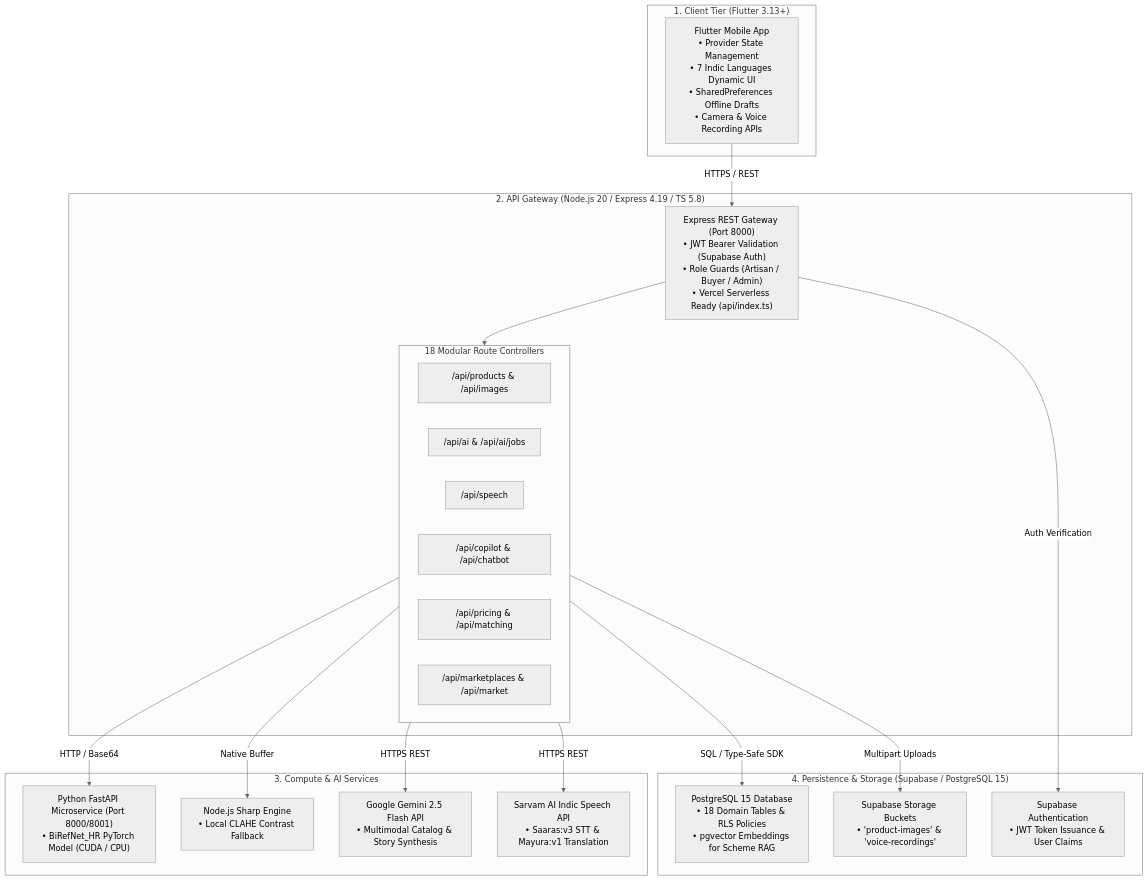
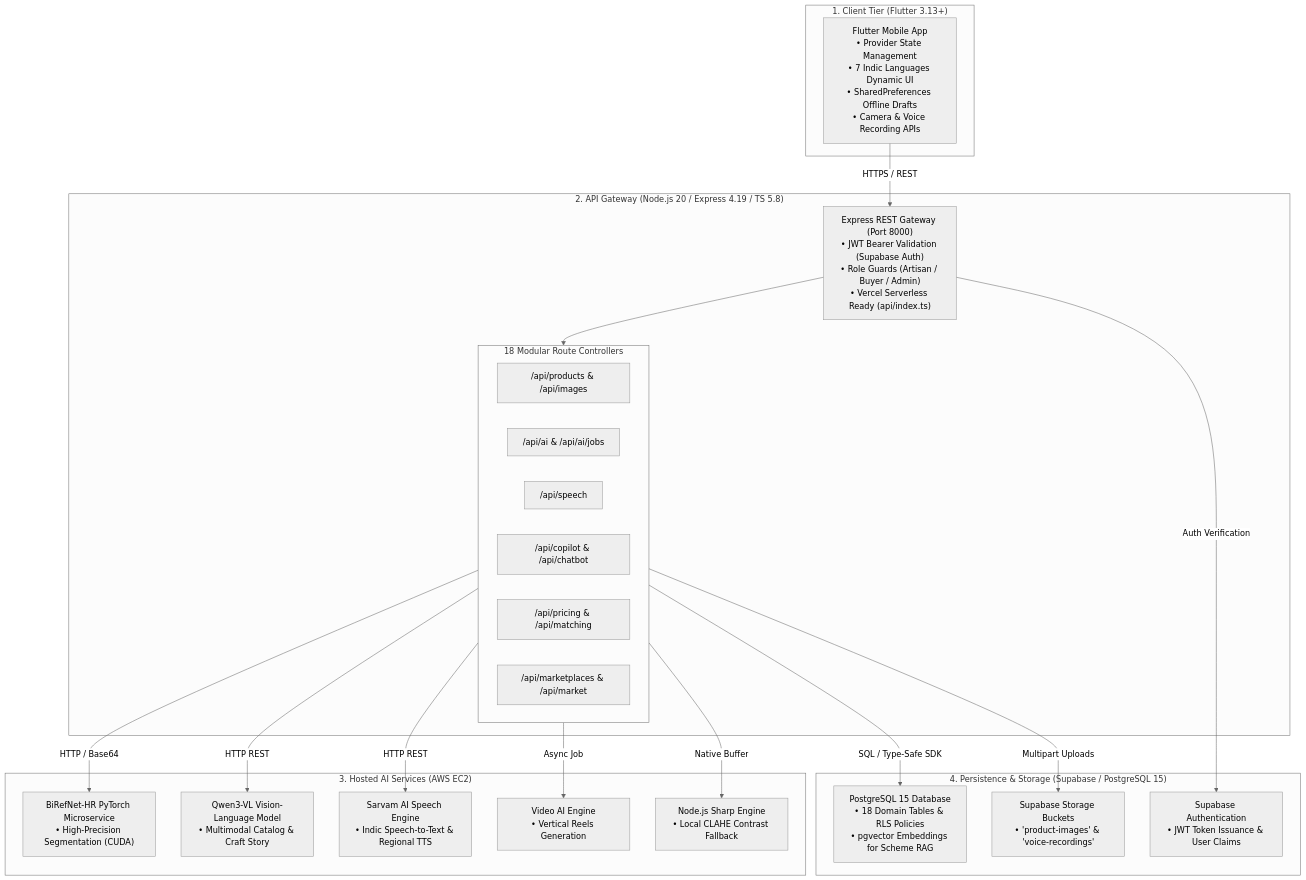
The first of 2 diagrams in README.md (jeevanadhithya/Artisera), drawn with Mermaid (neutral theme) before and after one commit. The commit also changed other lines of this file and 2 other files, not shown here.

````diff
--- a/README.md
+++ b/README.md
@@ -300,44 +299,46 @@
 ```mermaid
 graph TB
     subgraph Tier1["1. Client Tier (Flutter 3.13+)"]
         FlutterApp["Flutter Mobile App<br/>• Provider State Management<br/>• 7 Indic Languages Dynamic UI<br/>• SharedPreferences Offline Drafts<br/>• Camera & Voice Recording APIs"]
     end
 
     subgraph Tier2["2. API Gateway (Node.js 20 / Express 4.19 / TS 5.8)"]
         ExpressServer["Express REST Gateway (Port 8000)<br/>• JWT Bearer Validation (Supabase Auth)<br/>• Role Guards (Artisan / Buyer / Admin)<br/>• Vercel Serverless Ready (api/index.ts)"]
         
         subgraph RouteModules["18 Modular Route Controllers"]
             R_Products["/api/products & /api/images"]
             R_AI["/api/ai & /api/ai/jobs"]
             R_Speech["/api/speech"]
             R_Copilot["/api/copilot & /api/chatbot"]
             R_Pricing["/api/pricing & /api/matching"]
             R_Export["/api/marketplaces & /api/market"]
         end
     end
 
-    subgraph Tier3["3. Compute & AI Services"]
-        CV_Microservice["Python FastAPI Microservice (Port 8000/8001)<br/>• BiRefNet_HR PyTorch Model (CUDA / CPU)"]
+    subgraph Tier3["3. Hosted AI Services (AWS EC2)"]
+        CV_Microservice["BiRefNet-HR PyTorch Microservice<br/>• High-Precision Segmentation (CUDA)"]
+        Qwen_Service["Qwen3-VL Vision-Language Model<br/>• Multimodal Catalog & Craft Story"]
+        Sarvam_Service["Sarvam AI Speech Engine<br/>• Indic Speech-to-Text & Regional TTS"]
+        Video_AI["Video AI Engine<br/>• Vertical Reels Generation"]
         Sharp_Engine["Node.js Sharp Engine<br/>• Local CLAHE Contrast Fallback"]
-        Gemini_Cloud["Google Gemini 2.5 Flash API<br/>• Multimodal Catalog & Story Synthesis"]
-        Sarvam_Cloud["Sarvam AI Indic Speech API<br/>• Saaras:v3 STT & Mayura:v1 Translation"]
     end
 
     subgraph Tier4["4. Persistence & Storage (Supabase / PostgreSQL 15)"]
         PostgresDB["PostgreSQL 15 Database<br/>• 18 Domain Tables & RLS Policies<br/>• pgvector Embeddings for Scheme RAG"]
         S3Storage["Supabase Storage Buckets<br/>• 'product-images' & 'voice-recordings'"]
         SupabaseAuth["Supabase Authentication<br/>• JWT Token Issuance & User Claims"]
     end
 
     FlutterApp -->|HTTPS / REST| ExpressServer
     ExpressServer --> RouteModules
     
     RouteModules -->|HTTP / Base64| CV_Microservice
+    RouteModules -->|HTTP REST| Qwen_Service
+    RouteModules -->|HTTP REST| Sarvam_Service
+    RouteModules -->|Async Job| Video_AI
     RouteModules -->|Native Buffer| Sharp_Engine
-    RouteModules -->|HTTPS REST| Gemini_Cloud
-    RouteModules -->|HTTPS REST| Sarvam_Cloud
     
     ExpressServer -->|Auth Verification| SupabaseAuth
     RouteModules -->|SQL / Type-Safe SDK| PostgresDB
     RouteModules -->|Multipart Uploads| S3Storage
 ```
````
